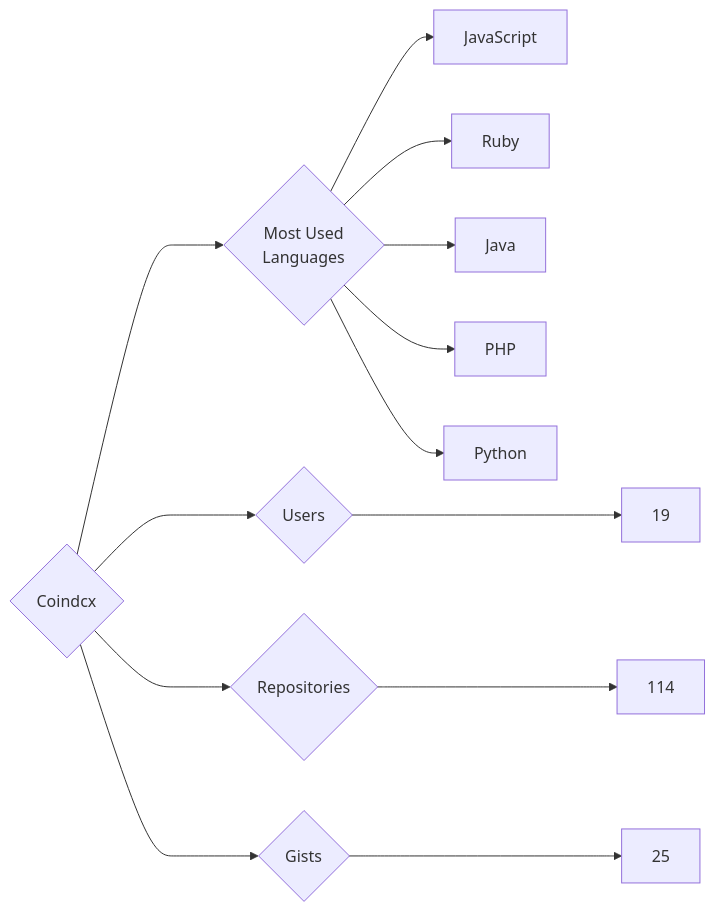
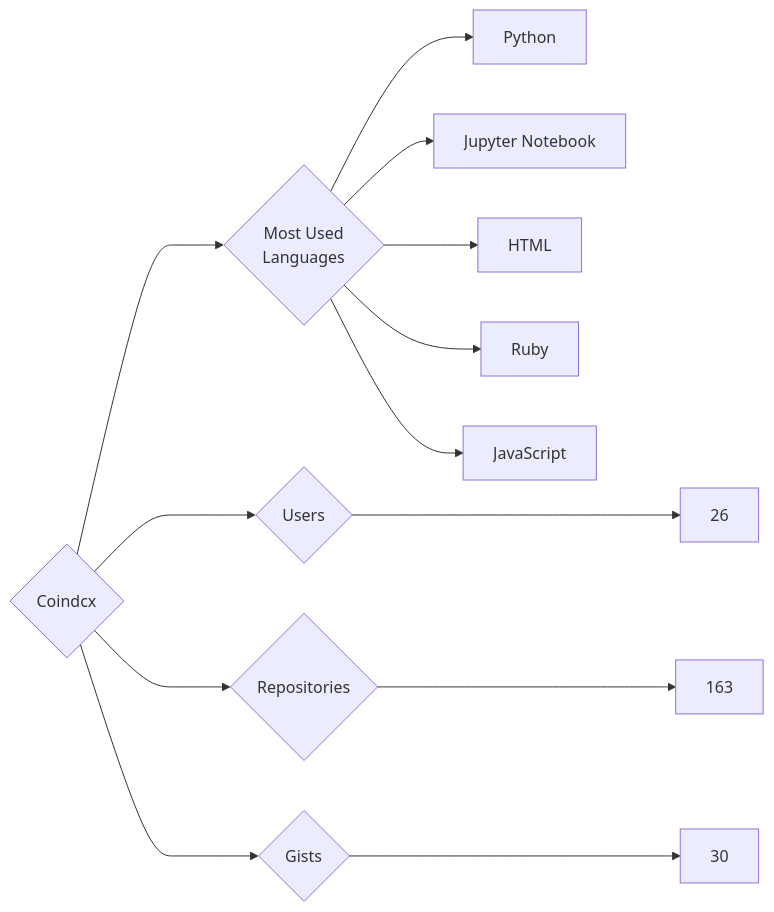
The diagram in targets/Coindcx/README.md (trickest/insiders), drawn with Mermaid before and after one commit. The commit also changed 714 other files, not shown here.

````diff
--- a/targets/Coindcx/README.md
+++ b/targets/Coindcx/README.md
@@ -3,13 +3,13 @@
 ```mermaid
 graph LR
 COMPANY_NAME{Coindcx}
-COMPANY_NAME ---> U{Users} ---> UN[19]
-COMPANY_NAME ---> R{Repositories} ---> RN[114]
-COMPANY_NAME ---> G{Gists} ---> GN[25]
+COMPANY_NAME ---> U{Users} ---> UN[26]
+COMPANY_NAME ---> R{Repositories} ---> RN[163]
+COMPANY_NAME ---> G{Gists} ---> GN[30]
 COMPANY_NAME ---> ML{Most Used<br>Languages}
+ML --> Python[Python]
+ML --> Jupyter_Notebook[Jupyter Notebook]
+ML --> HTML[HTML]
+ML --> Ruby[Ruby]
 ML --> JavaScript[JavaScript]
-ML --> Ruby[Ruby]
-ML --> Java[Java]
-ML --> PHP[PHP]
-ML --> Python[Python]
 ```
````
